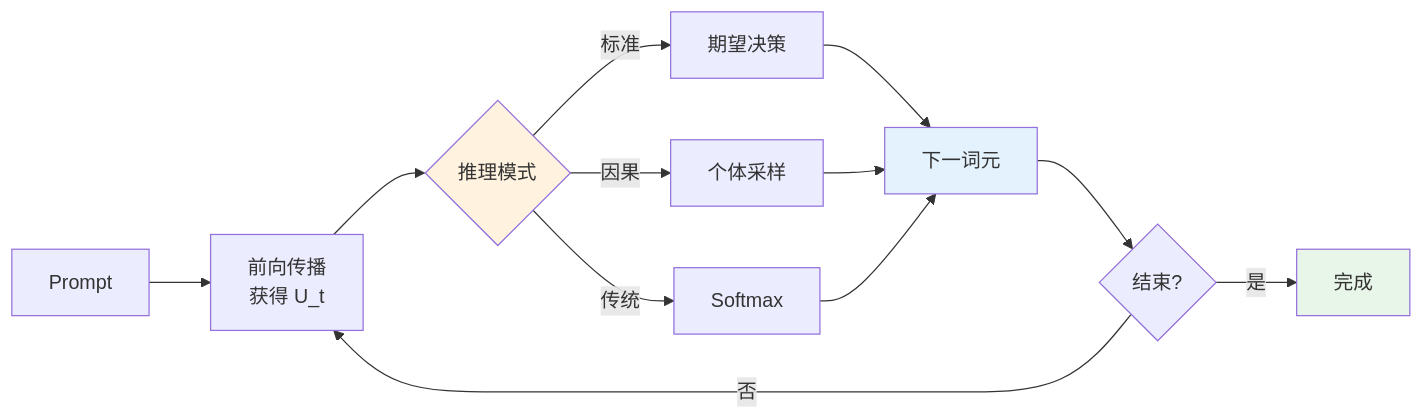
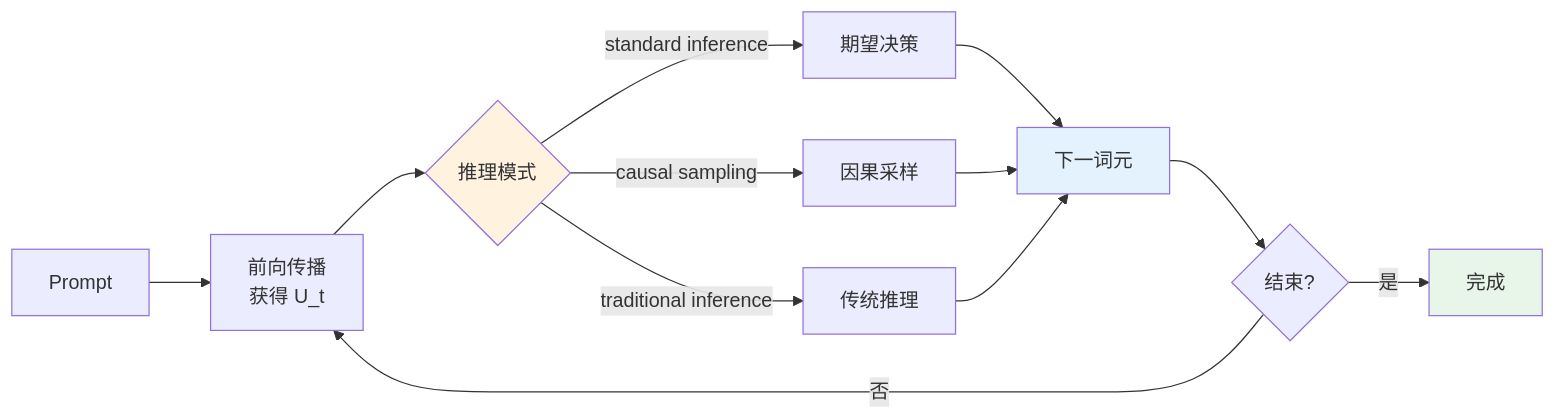
Before and after one commit to 1587causalai/CausalQwen: diagram 11 of 16 in design-docs/causal_qwen_text_only.md, drawn with Mermaid. The commit also changed other lines of this file, not shown here.

````diff
--- a/design-docs/causal_qwen_text_only.md
+++ b/design-docs/causal_qwen_text_only.md
@@ -496,18 +496,18 @@
 ```mermaid
 graph LR
     Prompt["Prompt"] --> Forward["前向传播<br>获得 U_t"]
     Forward --> Mode{推理模式}
-    Mode -->|标准| Std["期望决策"]
-    Mode -->|因果| Causal["个体采样"]
-    Mode -->|传统| Trad["Softmax"]
+    Mode -->|standard inference| Std["期望决策"]
+    Mode -->|causal sampling| Causal["因果采样"]
+    Mode -->|traditional inference| Trad["传统推理"]
     Std --> Next["下一词元"]
     Causal --> Next
     Trad --> Next
     Next --> Check{结束?}
     Check -->|否| Forward
     Check -->|是| Done["完成"]
     
     style Mode fill:#fff3e0
     style Next fill:#e3f2fd
     style Done fill:#e8f5e9
 ```
````
